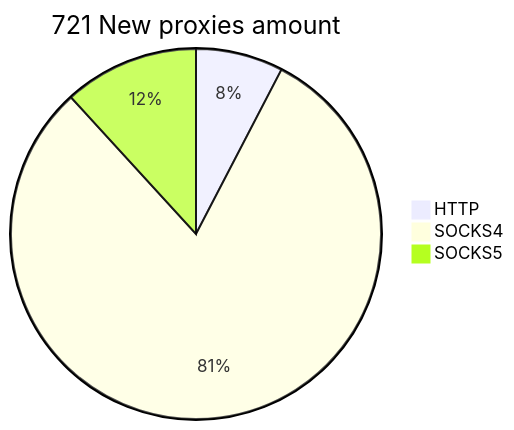
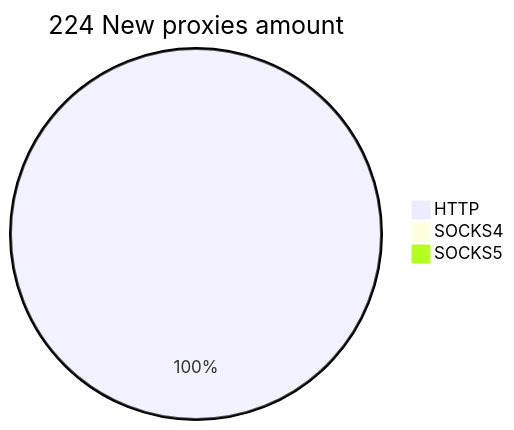
The second of 2 diagrams in README.md (cutipu/proxylist), drawn with Mermaid before and after one commit. The commit also changed other lines of this file, not shown here.

````diff
--- a/README.md
+++ b/README.md
@@ -10,6 +10,6 @@
 ```mermaid
-pie title 721 New proxies amount
-    "HTTP" : 55
-    "SOCKS4" : 581
-    "SOCKS5" : 85
+pie title 224 New proxies amount
+    "HTTP" : 229
+    "SOCKS4" : 0
+    "SOCKS5" : 0
 ```
````
